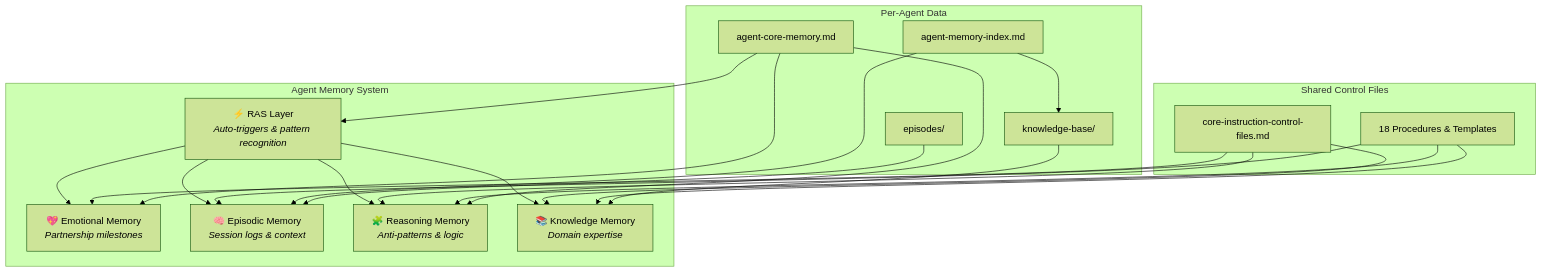
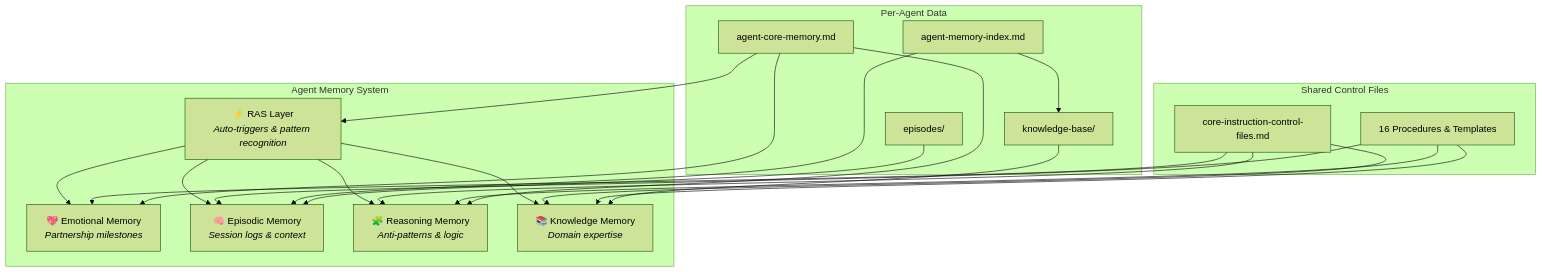
One commit to alvseek/agent-memory-system changed the diagram in README.md. Above: the diagram before and after it, drawn with Mermaid (forest theme). The commit also changed other lines of this file and 2 other files, not shown here.

First line of the commit message:
Restructure docs: extract SETUP.md, slim README, update ARCHITECTURE

````diff
--- a/README.md
+++ b/README.md
@@ -101,30 +93,30 @@
 ```mermaid
 graph TB
     subgraph "Agent Memory System"
         RAS["⚡ RAS Layer<br/><i>Auto-triggers & pattern recognition</i>"]
         EMO["💖 Emotional Memory<br/><i>Partnership milestones</i>"]
         EPI["🧠 Episodic Memory<br/><i>Session logs & context</i>"]
         REA["🧩 Reasoning Memory<br/><i>Anti-patterns & logic</i>"]
         KNO["📚 Knowledge Memory<br/><i>Domain expertise</i>"]
     end
 
     subgraph "Shared Control Files"
         CF["core-instruction-control-files.md"]
-        PROC["18 Procedures & Templates"]
+        PROC["16 Procedures & Templates"]
     end
 
     subgraph "Per-Agent Data"
         ACM["agent-core-memory.md"]
         AMI["agent-memory-index.md"]
         EP["episodes/"]
         KB["knowledge-base/"]
     end
 
     RAS --> EMO & EPI & REA & KNO
     CF --> EMO & REA & KNO
     PROC --> EPI & REA & KNO
     ACM --> EMO & REA & RAS
     AMI --> EPI & KB
     EP --> EPI
     KB --> KNO
 ```
````
